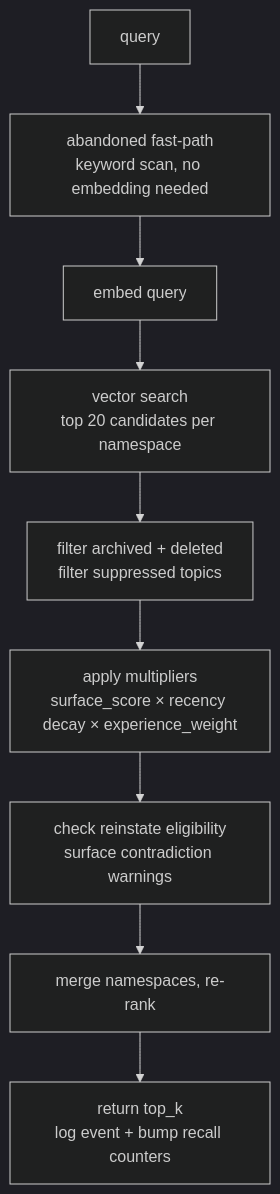
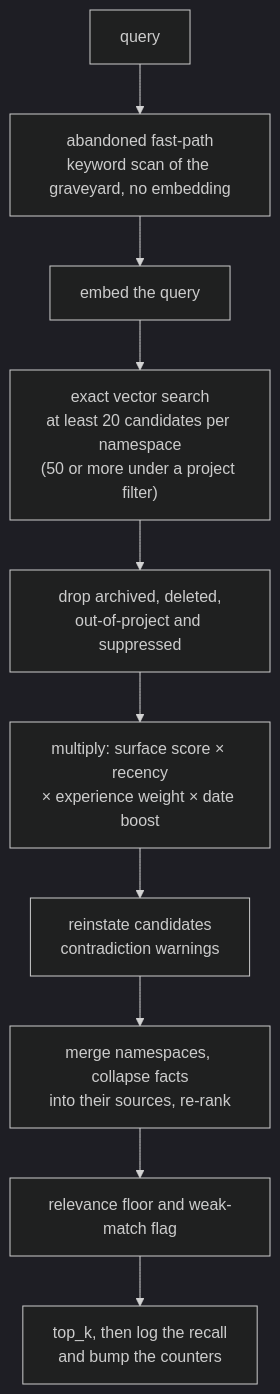
One commit to richarvey/OmniMem changed the second of 2 diagrams in docs/architecture.md. Above: the diagram before and after it, drawn with Mermaid (dark theme). The commit also changed other lines of this file and 270 other files, not shown here.

````diff
--- a/docs/architecture.md
+++ b/docs/architecture.md
@@ -38,11 +92,12 @@
 ```mermaid
 flowchart TB
-    q["query"] --> fast["abandoned fast-path<br/>keyword scan, no embedding needed"]
-    fast --> embed["embed query"]
-    embed --> search["vector search<br/>top 20 candidates per namespace"]
-    search --> filter["filter archived + deleted<br/>filter suppressed topics"]
-    filter --> score["apply multipliers<br/>surface_score × recency decay × experience_weight"]
-    score --> extras["check reinstate eligibility<br/>surface contradiction warnings"]
-    extras --> rank["merge namespaces, re-rank"]
-    rank --> out["return top_k<br/>log event + bump recall counters"]
+    q["query"] --> fast["abandoned fast-path<br/>keyword scan of the graveyard, no embedding"]
+    fast --> embed["embed the query"]
+    embed --> search["exact vector search<br/>at least 20 candidates per namespace<br/>(50 or more under a project filter)"]
+    search --> filter["drop archived, deleted,<br/>out-of-project and suppressed"]
+    filter --> score["multiply: surface score × recency<br/>× experience weight × date boost"]
+    score --> extras["reinstate candidates<br/>contradiction warnings"]
+    extras --> rank["merge namespaces, collapse facts<br/>into their sources, re-rank"]
+    rank --> floor["relevance floor and weak-match flag"]
+    floor --> out["top_k, then log the recall<br/>and bump the counters"]
 ```
````
